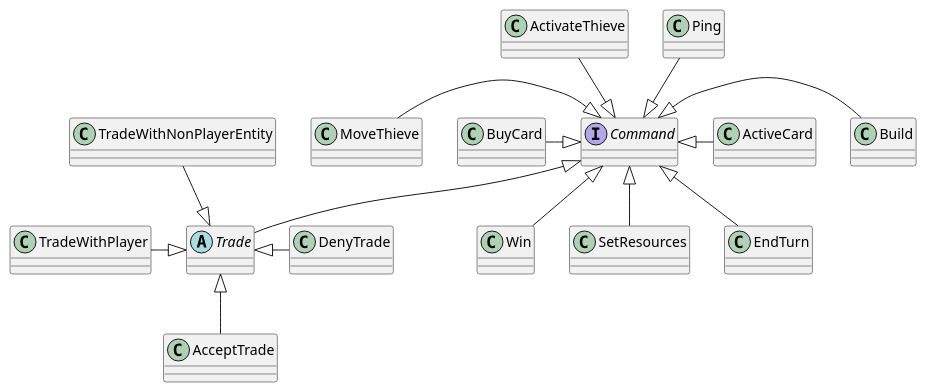
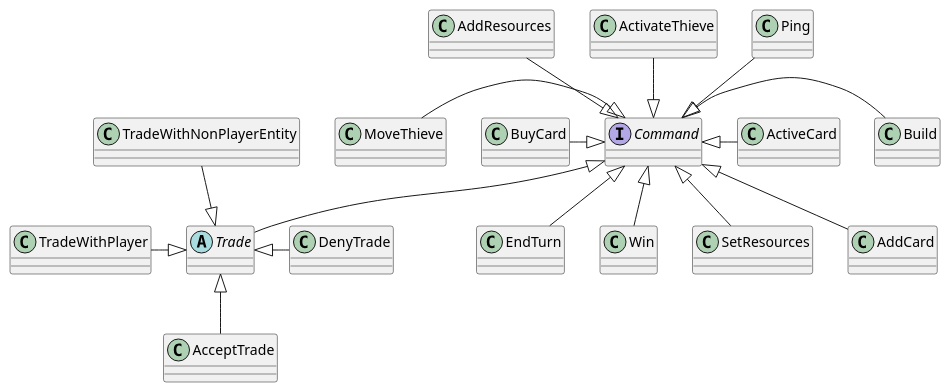
The diagram in catan-doc/modules/conception/pages/classDiagramCommands.adoc (theray1/Les-Colons-De-Catane), drawn with PlantUML before and after one commit. The commit also changed 1 other file, not shown here.

Commit message:
modifications
Builder to Factory to create commands
Added 2 commands (addCard and addResources)

```diff
--- a/catan-doc/modules/conception/pages/classDiagramCommands.adoc
+++ b/catan-doc/modules/conception/pages/classDiagramCommands.adoc
@@ -1,37 +1,41 @@
 [plantuml]
 ....
 @startuml
   abstract Trade {}
   class TradeWithPlayer {}
   class TradeWithNonPlayerEntity {}
   class AcceptTrade {}
   class DenyTrade {}
   class BuyCard {}
   class MoveThieve {}
   class Build {}
   class ActiveCard {}
   class Ping {}
   class ActivateThieve {}
   class Win {}
   class SetResources{}
+  class AddResources{}
+  class AddCard{}
   class EndTurn{}
   
   interface Command{}
   
   Trade <|-left- TradeWithPlayer
   Trade <|-up- TradeWithNonPlayerEntity
   Trade <|-down- AcceptTrade
   Trade <|-right- DenyTrade
   
   Command <|-left- BuyCard
   Command <|-left- MoveThieve
   Command <|-right- Build
   Command <|-right- ActiveCard
   Command <|-up- Ping
   Command <|-up- ActivateThieve
+  Command <|-up- AddResources
+  Command <|-down- AddCard
   Command <|-down- Win
   Command <|-down- SetResources
   Command <|-- EndTurn
   Command <|-- Trade
 @enduml
 ....
```
